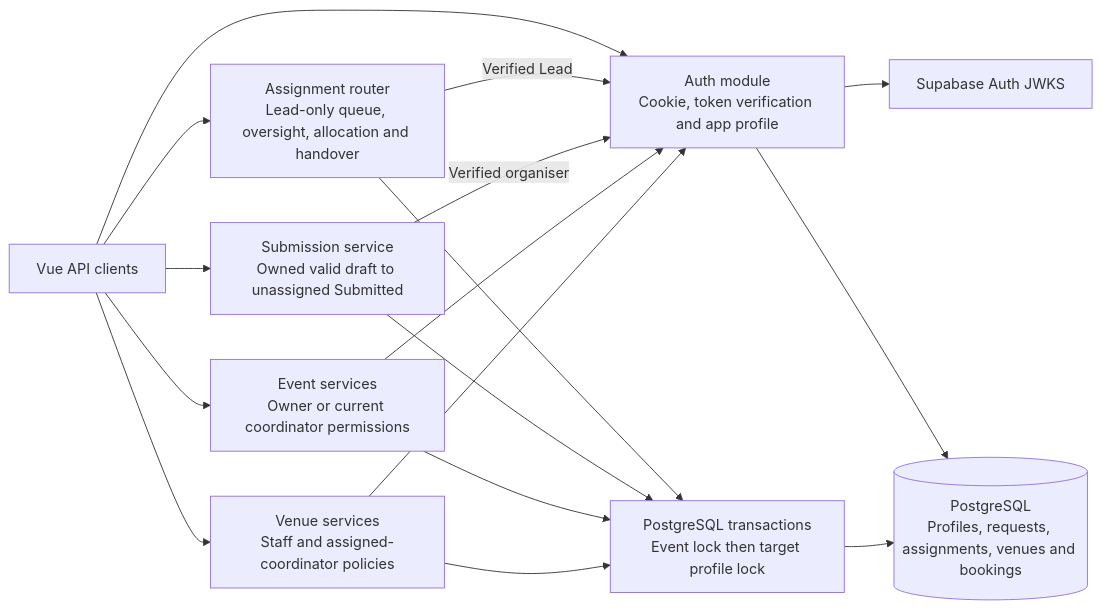
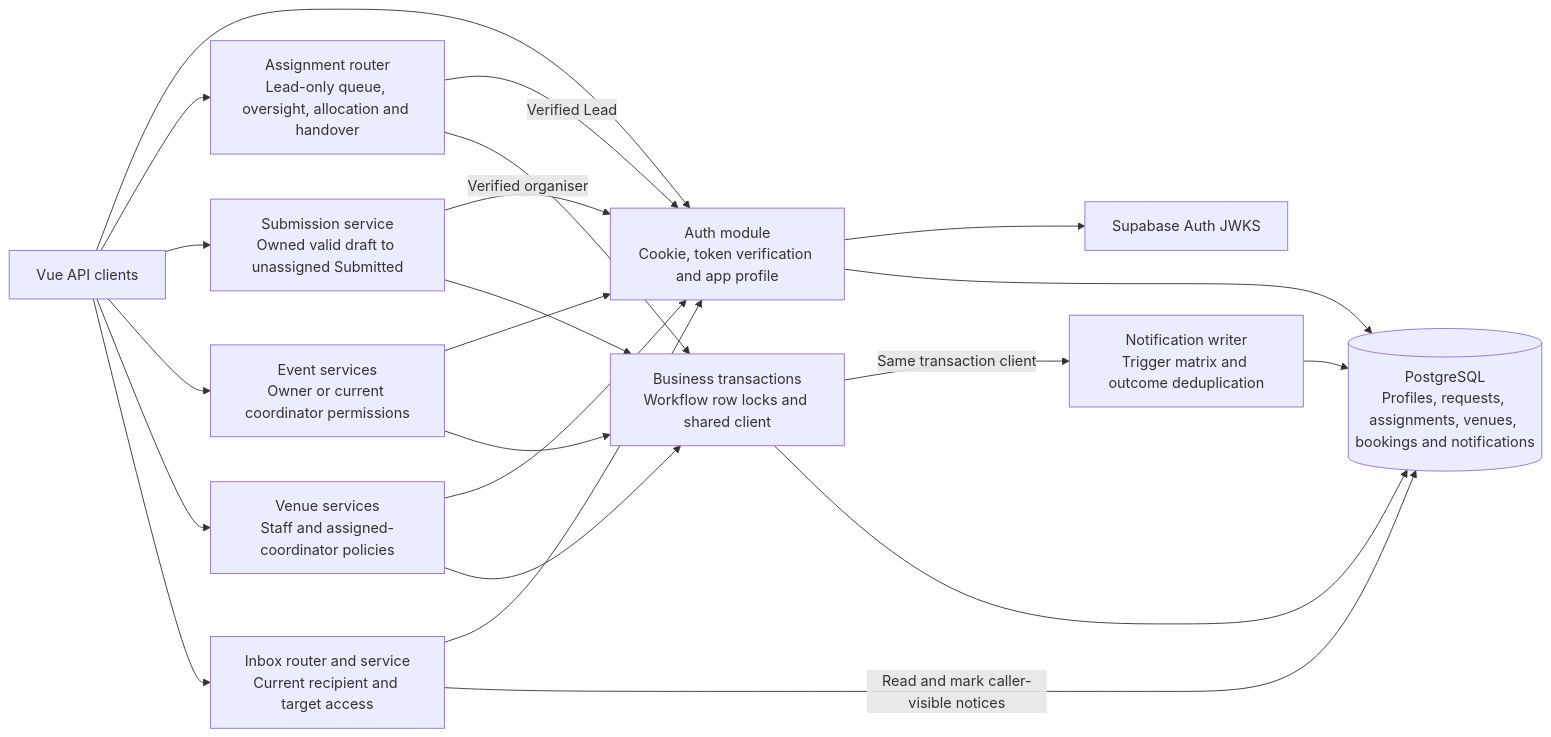
One commit to MochaLxtte/ConnectSphere changed the third of 7 diagrams in docs/architecture/README.md. Above: the diagram before and after it, drawn with Mermaid. The commit also changed other lines of this file and 12 other files, not shown here.

````diff
--- a/docs/architecture/README.md
+++ b/docs/architecture/README.md
@@ -75,28 +75,35 @@
 ```mermaid
 flowchart LR
   browser["Vue API clients"]
   auth["Auth module<br/>Cookie, token verification and app profile"]
   allocation["Assignment router<br/>Lead-only queue, oversight, allocation and handover"]
   submit["Submission service<br/>Owned valid draft to unassigned Submitted"]
   events["Event services<br/>Owner or current coordinator permissions"]
   venues["Venue services<br/>Staff and assigned-coordinator policies"]
-  transactions["PostgreSQL transactions<br/>Event lock then target profile lock"]
+  inbox["Inbox router and service<br/>Current recipient and target access"]
+  notify["Notification writer<br/>Trigger matrix and outcome deduplication"]
+  transactions["Business transactions<br/>Workflow row locks and shared client"]
   identity["Supabase Auth JWKS"]
-  db[("PostgreSQL<br/>Profiles, requests, assignments, venues and bookings")]
+  db[("PostgreSQL<br/>Profiles, requests, assignments, venues, bookings and notifications")]
   browser --> auth
   auth --> identity
   auth --> db
   browser --> allocation
   browser --> submit
   browser --> events
   browser --> venues
+  browser --> inbox
   allocation -->|Verified Lead| auth
   submit -->|Verified organiser| auth
   events --> auth
   venues --> auth
+  inbox --> auth
   allocation --> transactions
   submit --> transactions
   events --> transactions
   venues --> transactions
+  transactions -->|Same transaction client| notify
+  notify --> db
+  inbox -->|Read and mark caller-visible notices| db
   transactions --> db
 ```
````
